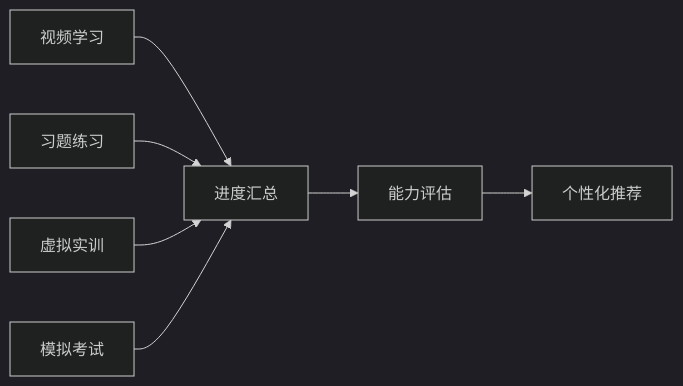
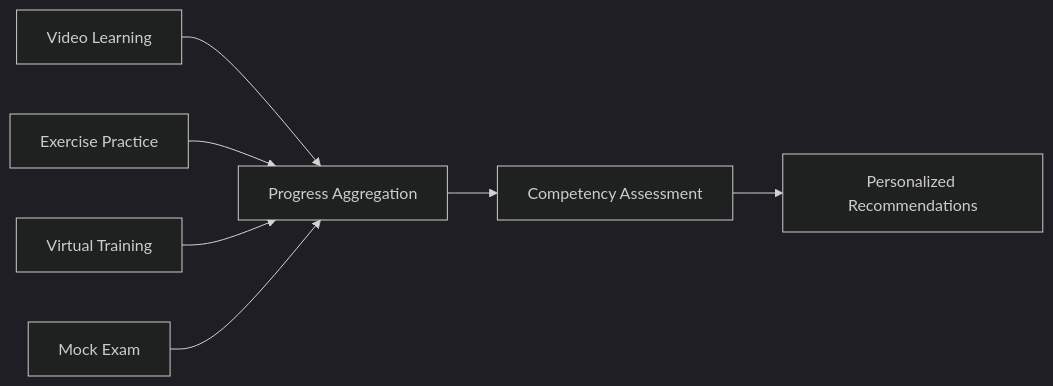
One commit to teaglebuilt/knowledge-tree changed the third of 3 diagrams in tree/application/architecture/vocational-edtech.md. Above: the diagram before and after it, drawn with Mermaid (dark theme). The commit also changed other lines of this file and 22 other files, not shown here.

````diff
--- a/tree/application/architecture/vocational-edtech.md
+++ b/tree/application/architecture/vocational-edtech.md
@@ -260,9 +263,9 @@
 ```mermaid
 flowchart LR
-    A[视频学习] --> E[进度汇总]
-    B[习题练习] --> E
-    C[虚拟实训] --> E
-    D[模拟考试] --> E
-    E --> F[能力评估]
-    F --> G[个性化推荐]
+    A[Video Learning] --> E[Progress Aggregation]
+    B[Exercise Practice] --> E
+    C[Virtual Training] --> E
+    D[Mock Exam] --> E
+    E --> F[Competency Assessment]
+    F --> G[Personalized Recommendations]
 ```
````
